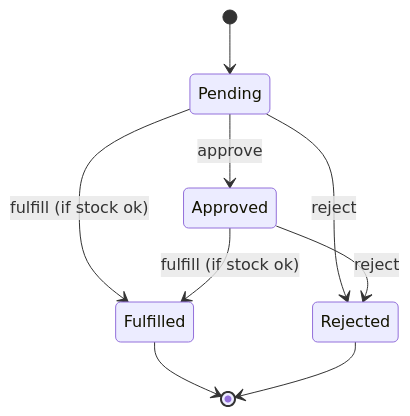
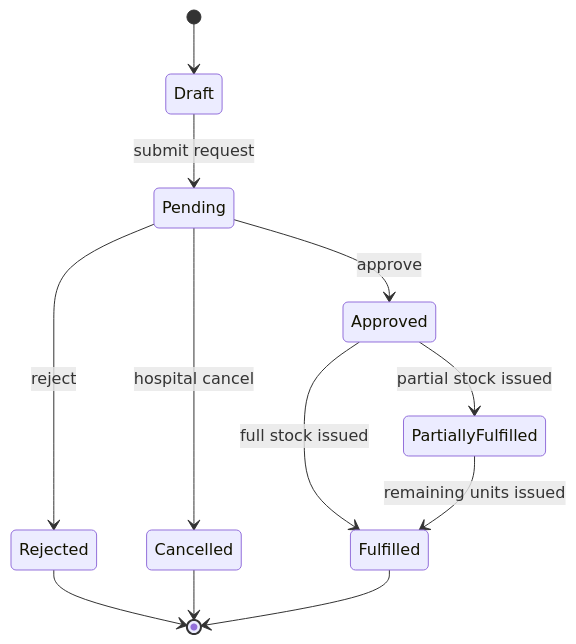
Before and after one commit to evii123/SE_blood_donation_system_Phase1_Team2: the tenth of 10 diagrams in SOFTWARE DESIGN AND MODELING.md, drawn with Mermaid. The commit also changed other lines of this file and 5 other files, not shown here.

````diff
--- a/SOFTWARE DESIGN AND MODELING.md
+++ b/SOFTWARE DESIGN AND MODELING.md
@@ -421,11 +428,14 @@
 ```mermaid
 stateDiagram-v2
-    [*] --> Pending
+    [*] --> Draft
+    Draft --> Pending: submit request
     Pending --> Approved: approve
     Pending --> Rejected: reject
-    Pending --> Fulfilled: fulfill (if stock ok)
-    Approved --> Rejected: reject
-    Approved --> Fulfilled: fulfill (if stock ok)
+    Pending --> Cancelled: hospital cancel
+    Approved --> PartiallyFulfilled: partial stock issued
+    Approved --> Fulfilled: full stock issued
+    PartiallyFulfilled --> Fulfilled: remaining units issued
+    Rejected --> [*]
+    Cancelled --> [*]
     Fulfilled --> [*]
-    Rejected --> [*]
 ```
````
